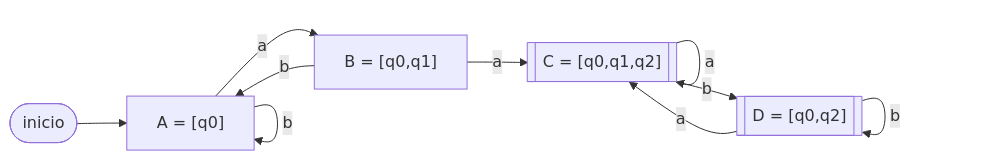
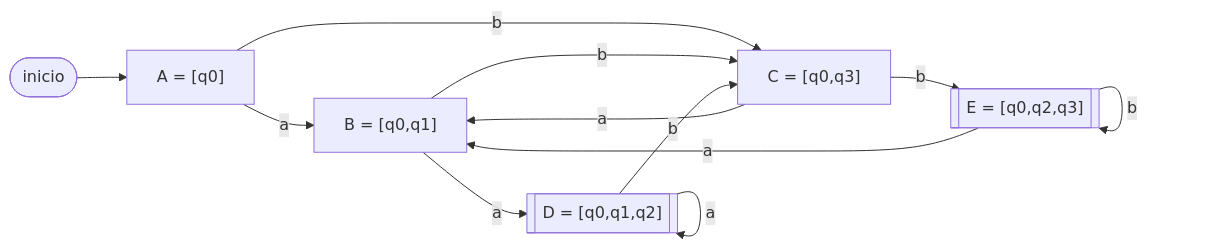
One commit to yhwachoo/Grafos changed the sixth of 13 diagrams in ejercicios/soluciones-ejercicios.md. Above: the diagram before and after it, drawn with Mermaid. The commit also changed other lines of this file and 1 other file, not shown here.

````diff
--- a/ejercicios/soluciones-ejercicios.md
+++ b/ejercicios/soluciones-ejercicios.md
@@ -277,16 +282,19 @@
 ```mermaid
 graph LR
     ini([inicio]) --> A
     A["A = [q0]"]
     B["B = [q0,q1]"]
-    C[["C = [q0,q1,q2]"]]
-    D[["D = [q0,q2]"]]
+    C["C = [q0,q3]"]
+    D[["D = [q0,q1,q2]"]]
+    E[["E = [q0,q2,q3]"]]
     A -->|a| B
-    A -->|b| A
-    B -->|a| C
-    B -->|b| A
-    C -->|a| C
-    C -->|b| D
-    D -->|a| C
-    D -->|b| D
+    A -->|b| C
+    B -->|a| D
+    B -->|b| C
+    C -->|a| B
+    C -->|b| E
+    D -->|a| D
+    D -->|b| C
+    E -->|a| B
+    E -->|b| E
 ```
````
